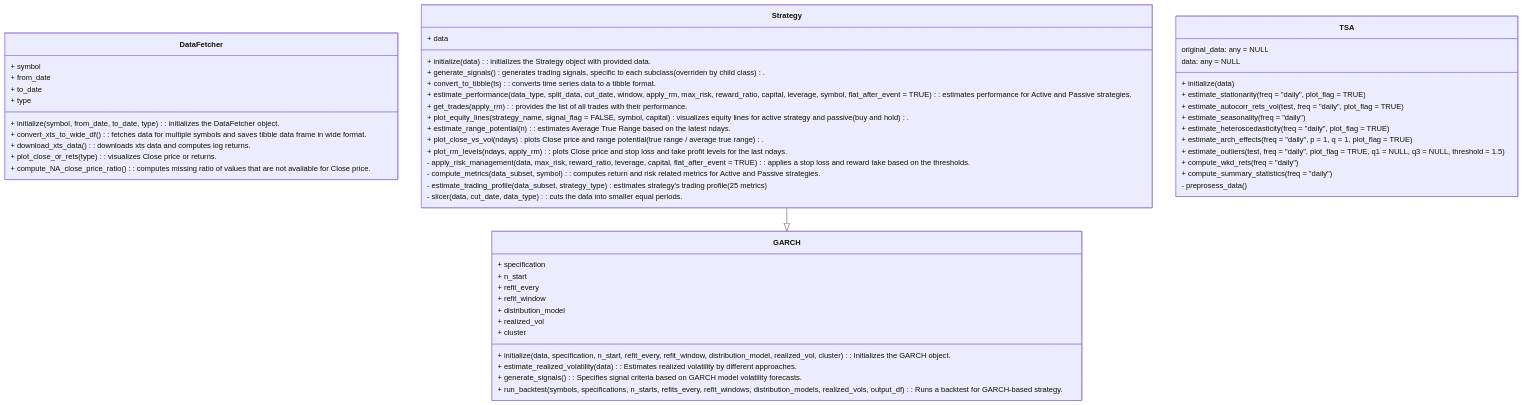
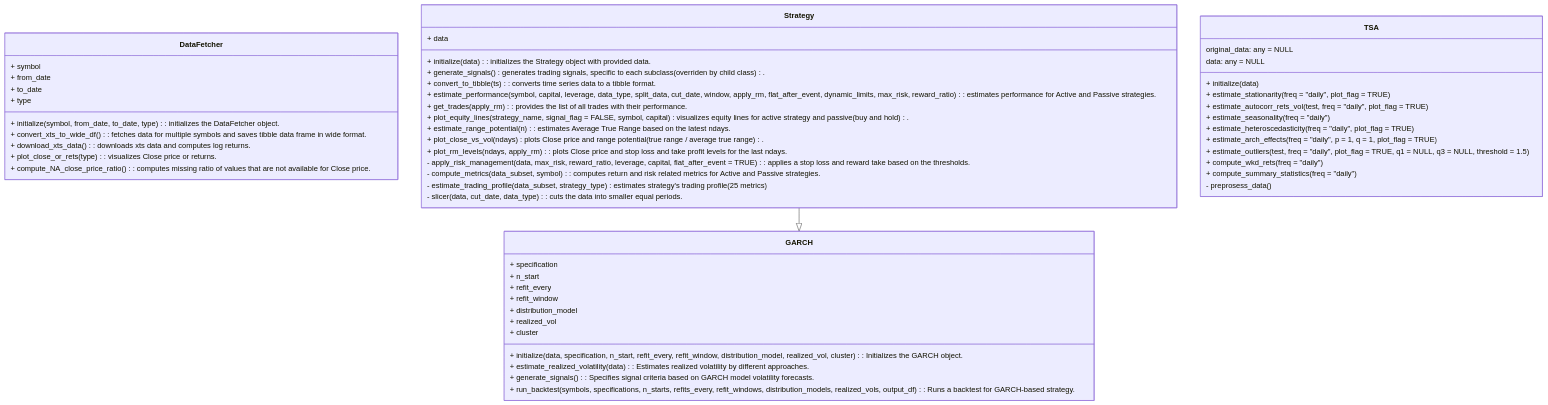
One commit to kraif999/ATS changed the second of 2 diagrams in README.md. Above: the diagram before and after it, drawn with Mermaid. The commit also changed 5 other files, not shown here.

````diff
--- a/README.md
+++ b/README.md
@@ -65,63 +65,63 @@
 ```mermaid
 classDiagram
 
    class DataFetcher {
         + symbol
         + from_date
         + to_date
         + type
         + initialize(symbol, from_date, to_date, type): initializes the DataFetcher object.
         + convert_xts_to_wide_df(): fetches data for multiple symbols and saves tibble data frame in wide format.
         + download_xts_data(): downloads xts data and computes log returns.
         + plot_close_or_rets(type): visualizes Close price or returns.
         + compute_NA_close_price_ratio(): computes missing ratio of values that are not available for Close price.
     }
     class Strategy {
         + data
         + initialize(data) : initializes the Strategy object with provided data.
         + generate_signals() : generates trading signals, specific to each subclass (overriden by child class).
         + convert_to_tibble(ts) : converts time series data to a tibble format.
-        + estimate_performance(data_type, split_data, cut_date, window, apply_rm, max_risk, reward_ratio, capital, leverage, symbol, flat_after_event = TRUE) : estimates performance for Active and Passive strategies.
+        + estimate_performance(symbol, capital, leverage, data_type, split_data, cut_date, window, apply_rm, flat_after_event, dynamic_limits, max_risk, reward_ratio)  : estimates performance for Active and Passive strategies.
         + get_trades(apply_rm) : provides the list of all trades with their performance.
         + plot_equity_lines(strategy_name, signal_flag = FALSE, symbol, capital) : visualizes equity lines for active strategy and passive (buy and hold).
         + estimate_range_potential(n) : estimates Average True Range based on the latest ndays.
         + plot_close_vs_vol(ndays) : plots Close price and range potential (true range / average true range).
         + plot_rm_levels(ndays, apply_rm) : plots Close price and stop loss and take profit levels for the last ndays.
         - apply_risk_management(data, max_risk, reward_ratio, leverage, capital, flat_after_event = TRUE) : applies a stop loss and reward take based on the thresholds.
         - compute_metrics(data_subset, symbol) : computes return and risk related metrics for Active and Passive strategies.
         - estimate_trading_profile(data_subset, strategy_type) : estimates strategy's trading profile (25 metrics)
         - slicer(data, cut_date, data_type) : cuts the data into smaller equal periods.
     }
 
     class TSA {
         original_data: any = NULL
         data: any = NULL
         + initialize(data)
         + estimate_stationarity(freq = "daily", plot_flag = TRUE)
         + estimate_autocorr_rets_vol(test, freq = "daily", plot_flag = TRUE)
         + estimate_seasonality(freq = "daily")
         + estimate_heteroscedasticity(freq = "daily", plot_flag = TRUE)
         + estimate_arch_effects(freq = "daily", p = 1, q = 1, plot_flag = TRUE)
         + estimate_outliers(test, freq = "daily", plot_flag = TRUE, q1 = NULL, q3 = NULL, threshold = 1.5)
         + compute_wkd_rets(freq = "daily")
         + compute_summary_statistics(freq = "daily")
         - preprosess_data()
     }
 
     class GARCH {
         + specification
         + n_start
         + refit_every
         + refit_window
         + distribution_model
         + realized_vol
         + cluster
         + initialize(data, specification, n_start, refit_every, refit_window, distribution_model, realized_vol, cluster) : Initializes the GARCH object.
         + estimate_realized_volatility(data) : Estimates realized volatility by different approaches.
         + generate_signals() : Specifies signal criteria based on GARCH model volatility forecasts.
         + run_backtest(symbols, specifications, n_starts, refits_every, refit_windows, distribution_models, realized_vols, output_df) : Runs a backtest for GARCH-based strategy.
     }
 
     Strategy --|> GARCH
     
 ```
````
